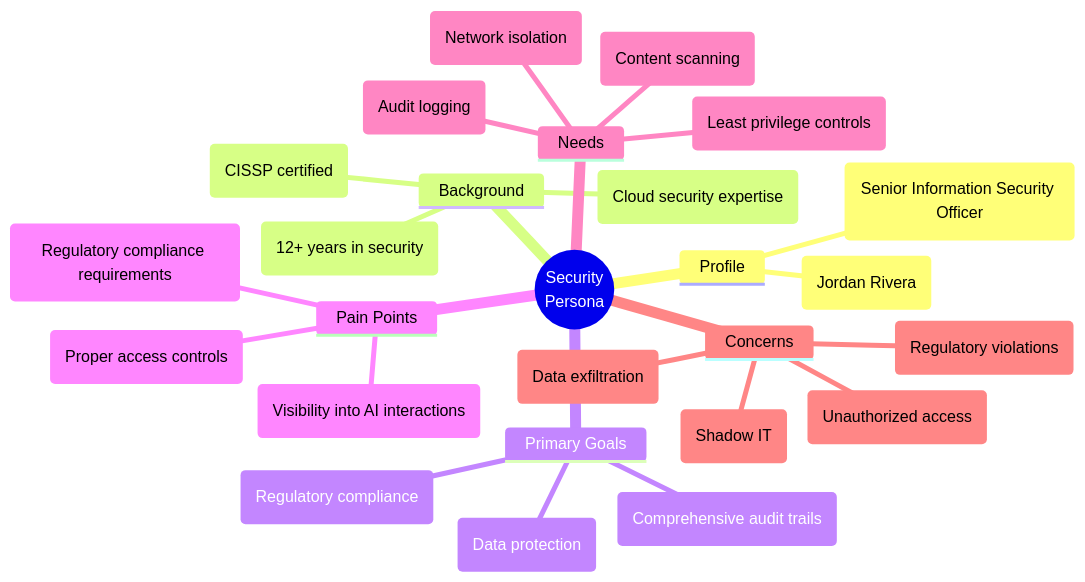
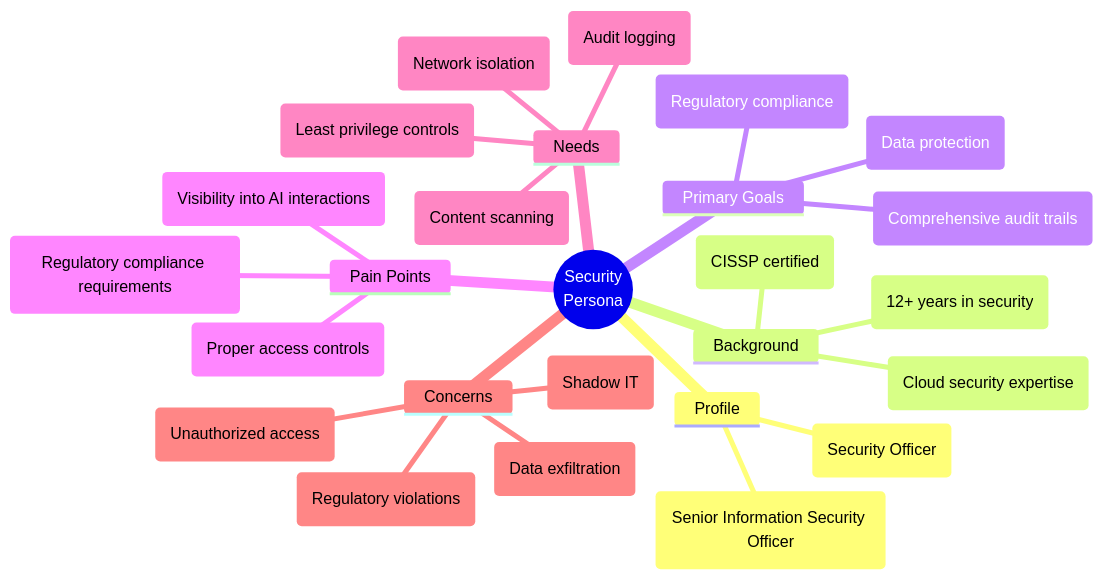
One commit to microbrewerGM/bedrock-arch changed the second of 3 diagrams in diagrams/developer-persona-diagram.md. Above: the diagram before and after it, drawn with Mermaid. The commit also changed other lines of this file and 8 other files, not shown here.

Commit message:
Update persona references to use generic role descriptions and improve diagram documentation with source references

````diff
--- a/diagrams/developer-persona-diagram.md
+++ b/diagrams/developer-persona-diagram.md
@@ -57,35 +59,35 @@
 ```mermaid
 mindmap
   root((Security<br>Persona))
     Profile
       ::icon(fa fa-id-card)
-      (Jordan Rivera)
+      (Security Officer)
       (Senior Information Security Officer)
     Background
       ::icon(fa fa-graduation-cap)
       (12+ years in security)
       (CISSP certified)
       (Cloud security expertise)
     Primary Goals
       ::icon(fa fa-bullseye)
       (Regulatory compliance)
       (Data protection)
       (Comprehensive audit trails)
     Pain Points
       ::icon(fa fa-exclamation-triangle)
       (Visibility into AI interactions)
       (Proper access controls)
       (Regulatory compliance requirements)
     Needs
       ::icon(fa fa-puzzle-piece)
       (Audit logging)
       (Least privilege controls)
       (Network isolation)
       (Content scanning)
     Concerns
       ::icon(fa fa-shield-alt)
       (Data exfiltration)
       (Regulatory violations)
       (Unauthorized access)
       (Shadow IT)
 ```
````
